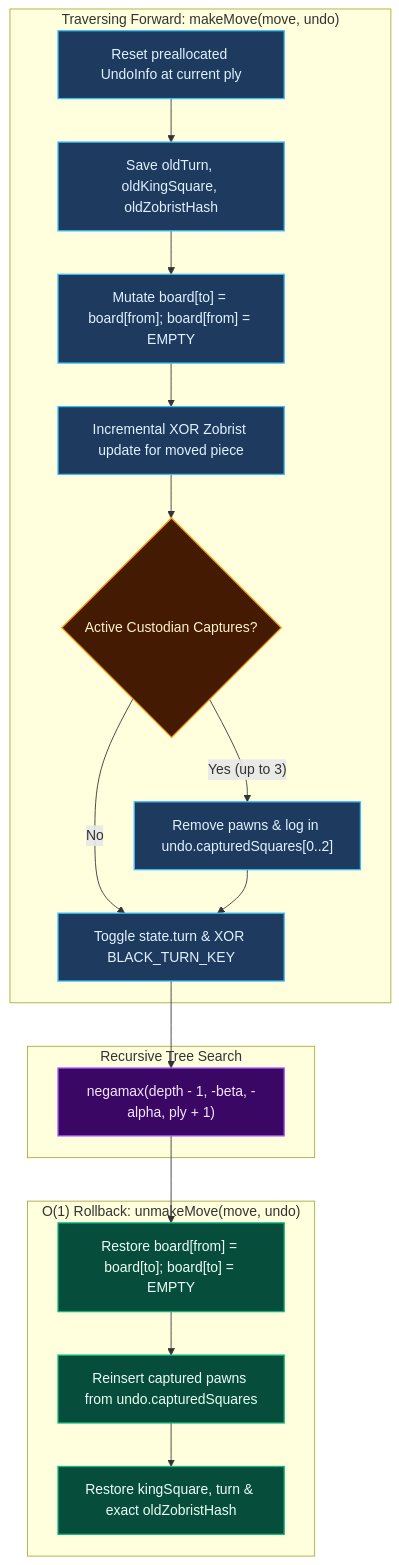
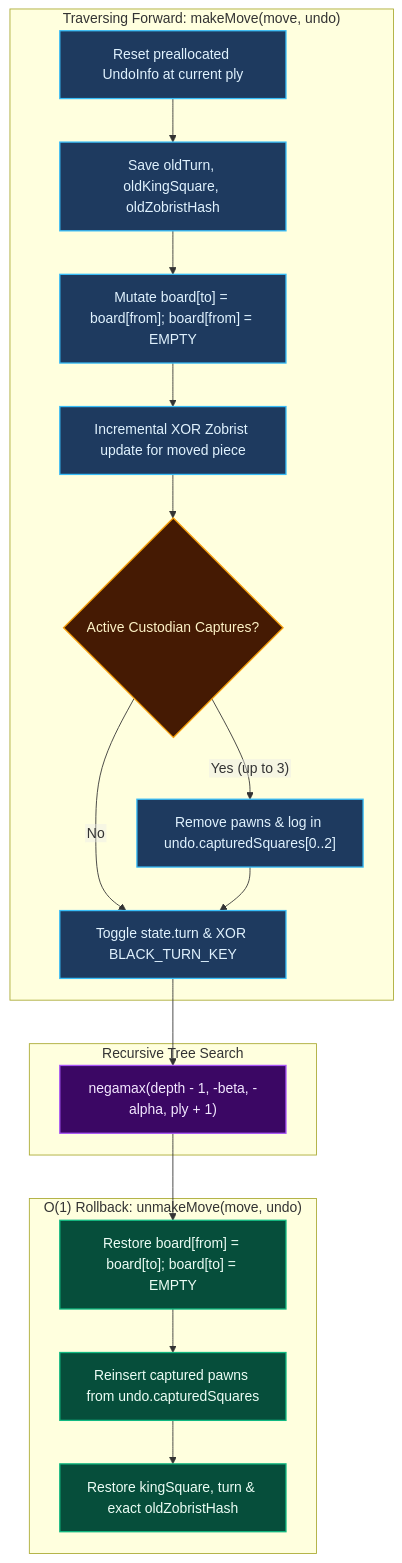
Before and after one commit to MercuryDCD/Tablut-FundamentalsAIMASTER: the diagram in docs/wiki/01-State-Representation-and-Bit-Architecture.md, drawn with Mermaid. The commit also changed 9 other files, not shown here.

Commit message:
docs: fix Mermaid flowchart label clipping via htmlLabels=false

````diff
--- a/docs/wiki/01-State-Representation-and-Bit-Architecture.md
+++ b/docs/wiki/01-State-Representation-and-Bit-Architecture.md
@@ -126,27 +126,28 @@
 ```mermaid
+%%{init: {"flowchart": {"htmlLabels": false}}}%%
 flowchart TD
     classDef fwd fill:#1e3a5f,stroke:#38bdf8,color:#e0f2fe,stroke-width:1.5px
     classDef rec fill:#3b0764,stroke:#a855f7,color:#f3e8ff,stroke-width:1.5px
     classDef undo fill:#064e3b,stroke:#10b981,color:#ecfdf5,stroke-width:1.5px
     classDef dec fill:#451a03,stroke:#f59e0b,color:#fef3c7,stroke-width:1.5px
 
     subgraph Forward["Traversing Forward: makeMove(move, undo)"]
         A["Reset preallocated UndoInfo at current ply"]:::fwd --> B["Save oldTurn, oldKingSquare, oldZobristHash"]:::fwd
         B --> C["Mutate board[to] = board[from]; board[from] = EMPTY"]:::fwd
         C --> D["Incremental XOR Zobrist update for moved piece"]:::fwd
         D --> E{"Active Custodian Captures?"}:::dec
-        E -- "Yes (up to 3)" --> F["Remove pawns &amp; log in undo.capturedSquares[0..2]"]:::fwd
-        E -- "No" --> G["Toggle state.turn &amp; XOR BLACK_TURN_KEY"]:::fwd
+        E -- "Yes (up to 3)" --> F["Remove pawns & log in undo.capturedSquares[0..2]"]:::fwd
+        E -- "No" --> G["Toggle state.turn & XOR BLACK_TURN_KEY"]:::fwd
         F --> G
     end
 
     subgraph Recursion["Recursive Tree Search"]
         G --> H["negamax(depth - 1, -beta, -alpha, ply + 1)"]:::rec
     end
 
     subgraph Unwind["O(1) Rollback: unmakeMove(move, undo)"]
         H --> I["Restore board[from] = board[to]; board[to] = EMPTY"]:::undo
         I --> J["Reinsert captured pawns from undo.capturedSquares"]:::undo
-        J --> K["Restore kingSquare, turn &amp; exact oldZobristHash"]:::undo
+        J --> K["Restore kingSquare, turn & exact oldZobristHash"]:::undo
     end
 ```
````
